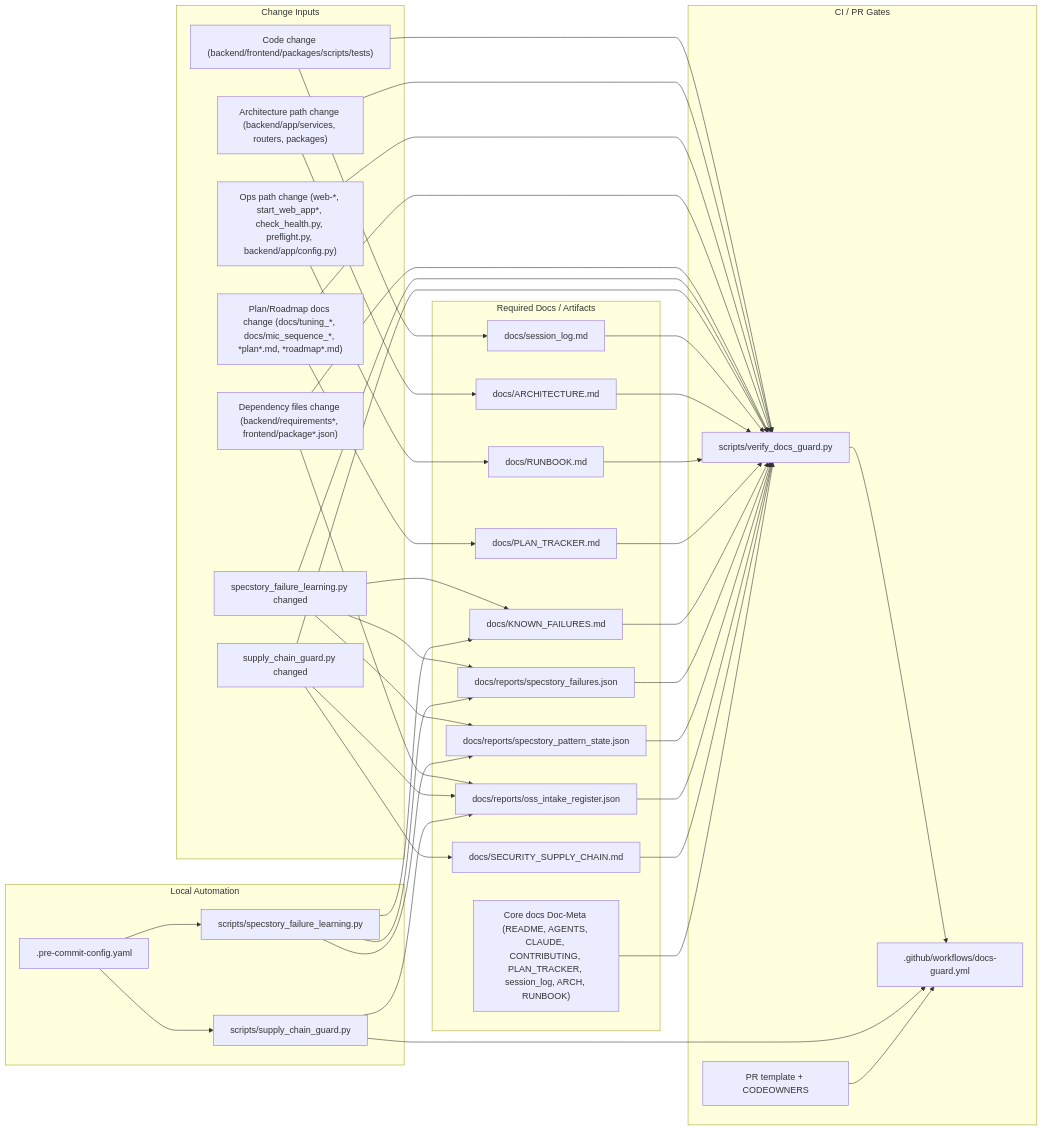
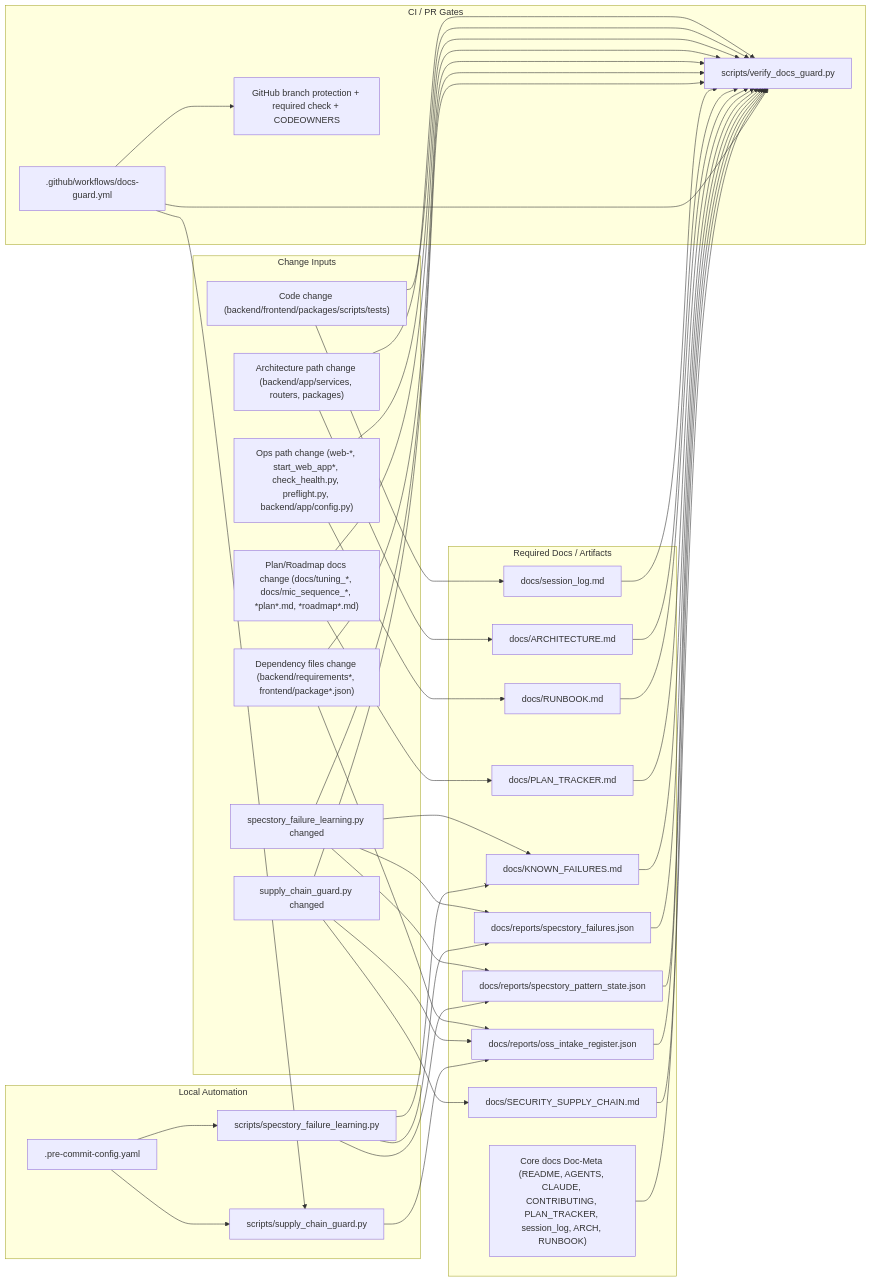
Before and after one commit to Misak89/aSTT-comp: the diagram in docs/as_is_documentation_flow_2026-04-01.md, drawn with Mermaid. The commit also changed other lines of this file and 1 other file, not shown here.

Commit message:
docs: fix mermaid enforcement logic and CI flow direction

````diff
--- a/docs/as_is_documentation_flow_2026-04-01.md
+++ b/docs/as_is_documentation_flow_2026-04-01.md
@@ -12,78 +12,78 @@
 ```mermaid
 flowchart LR
   subgraph Inputs["Change Inputs"]
     A1["Code change (backend/frontend/packages/scripts/tests)"]
     A2["Architecture path change (backend/app/services, routers, packages)"]
     A3["Ops path change (web-*, start_web_app*, check_health.py, preflight.py, backend/app/config.py)"]
     A4["Plan/Roadmap docs change (docs/tuning_*, docs/mic_sequence_*, *plan*.md, *roadmap*.md)"]
     A5["Dependency files change (backend/requirements*, frontend/package*.json)"]
     A6["specstory_failure_learning.py changed"]
     A7["supply_chain_guard.py changed"]
   end
 
   subgraph Docs["Required Docs / Artifacts"]
     D1["docs/session_log.md"]
     D2["docs/ARCHITECTURE.md"]
     D3["docs/RUNBOOK.md"]
     D4["docs/PLAN_TRACKER.md"]
     D5["docs/KNOWN_FAILURES.md"]
     D6["docs/reports/specstory_failures.json"]
     D7["docs/reports/specstory_pattern_state.json"]
     D8["docs/reports/oss_intake_register.json"]
     D9["docs/SECURITY_SUPPLY_CHAIN.md"]
     D10["Core docs Doc-Meta (README, AGENTS, CLAUDE, CONTRIBUTING, PLAN_TRACKER, session_log, ARCH, RUNBOOK)"]
   end
 
   subgraph Local["Local Automation"]
     L1[".pre-commit-config.yaml"]
     L2["scripts/specstory_failure_learning.py"]
     L3["scripts/supply_chain_guard.py"]
   end
 
   subgraph CI["CI / PR Gates"]
     C1["scripts/verify_docs_guard.py"]
     C2[".github/workflows/docs-guard.yml"]
-    C3["PR template + CODEOWNERS"]
+    C3["GitHub branch protection + required check + CODEOWNERS"]
   end
 
   A1 --> D1
   A2 --> D2
   A3 --> D3
   A4 --> D4
   A5 --> D8
   A6 --> D5
   A6 --> D6
   A6 --> D7
   A7 --> D9
   A7 --> D8
 
   L1 --> L2
   L1 --> L3
   L2 --> D5
   L2 --> D6
   L2 --> D7
   L3 --> D8
 
   A1 --> C1
   A2 --> C1
   A3 --> C1
   A4 --> C1
   A5 --> C1
   A6 --> C1
   A7 --> C1
 
   D1 --> C1
   D2 --> C1
   D3 --> C1
   D4 --> C1
   D5 --> C1
   D6 --> C1
   D7 --> C1
   D8 --> C1
   D9 --> C1
   D10 --> C1
 
-  C1 --> C2
-  L3 --> C2
-  C3 --> C2
+  C2 --> C1
+  C2 --> L3
+  C2 --> C3
 ```
````
